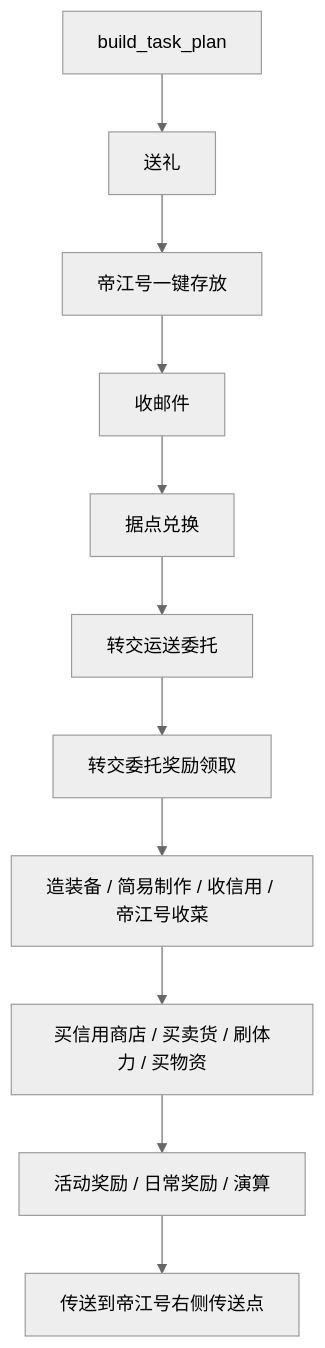
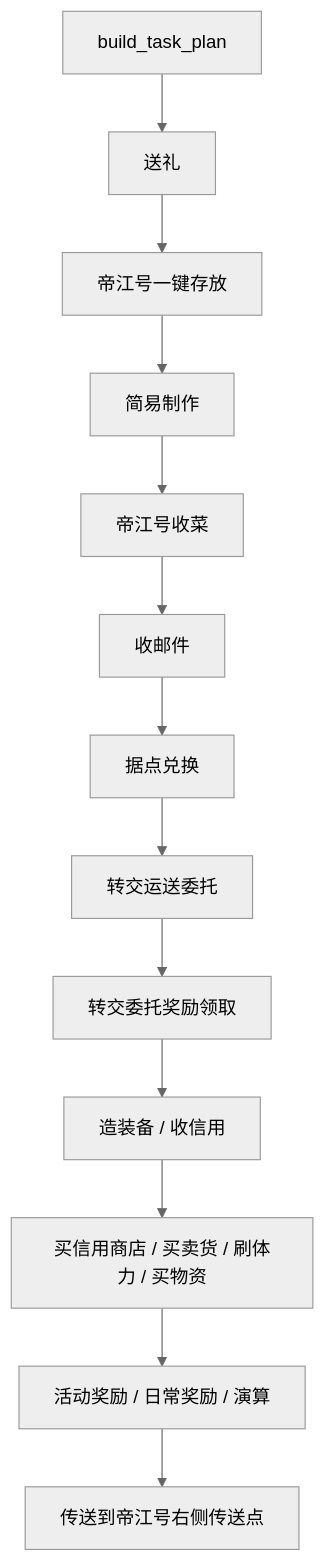
The first of 2 diagrams in docs/日常任务.md (AliceJump/ok-end-field), drawn with Mermaid (neutral theme) before and after one commit. The commit also changed other lines of this file and 4 other files, not shown here.

````diff
--- a/docs/日常任务.md
+++ b/docs/日常任务.md
@@ -15,13 +15,15 @@
 ```mermaid
 flowchart TD
     A[build_task_plan] --> B[送礼]
     B --> C[帝江号一键存放]
-    C --> D[收邮件]
-    D --> E[据点兑换]
-    E --> F[转交运送委托]
-    F --> G[转交委托奖励领取]
-    G --> H[造装备 / 简易制作 / 收信用 / 帝江号收菜]
-    H --> I[买信用商店 / 买卖货 / 刷体力 / 买物资]
-    I --> J[活动奖励 / 日常奖励 / 演算]
-    J --> K[传送到帝江号右侧传送点]
+    C --> D[简易制作]
+    D --> E[帝江号收菜]
+    E --> F[收邮件]
+    F --> G[据点兑换]
+    G --> H[转交运送委托]
+    H --> I[转交委托奖励领取]
+    I --> J[造装备 / 收信用]
+    J --> K[买信用商店 / 买卖货 / 刷体力 / 买物资]
+    K --> L[活动奖励 / 日常奖励 / 演算]
+    L --> M[传送到帝江号右侧传送点]
 ```
````
